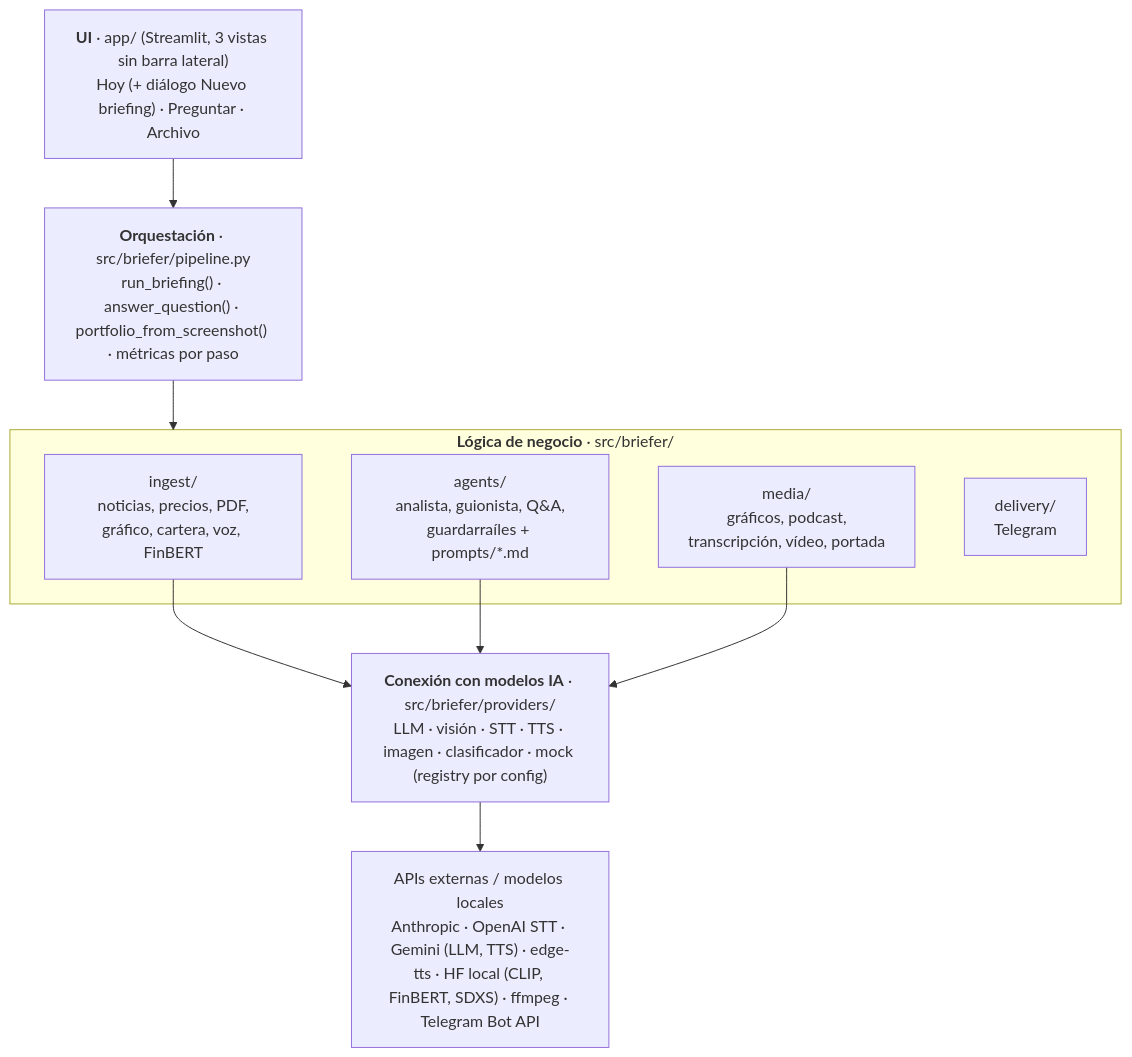
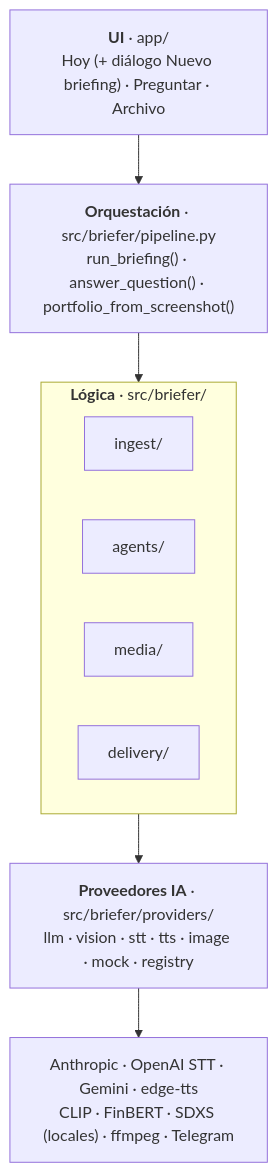
The third of 3 diagrams in README.md (Romequinco/multimodal-market-briefer), drawn with Mermaid before and after one commit. The commit also changed other lines of this file and 8 other files, not shown here.

Commit message:
Entrega v1.0: README reescrito con la app desplegada en Railway, pitch final con la URL y checklist del enunciado al día

````diff
--- a/README.md
+++ b/README.md
@@ -316,19 +254,14 @@
 ```mermaid
 flowchart TB
-    UI["<b>UI</b> · app/ (Streamlit, 3 vistas sin barra lateral)<br/>Hoy (+ diálogo Nuevo briefing) · Preguntar · Archivo"]
-    PL["<b>Orquestación</b> · src/briefer/pipeline.py<br/>run_briefing() · answer_question() · portfolio_from_screenshot() · métricas por paso"]
-    subgraph BIZ["<b>Lógica de negocio</b> · src/briefer/"]
-        ING["ingest/<br/>noticias, precios, PDF,<br/>gráfico, cartera, voz, FinBERT"]
-        AGT["agents/<br/>analista, guionista, Q&A,<br/>guardarraíles + prompts/*.md"]
-        MED["media/<br/>gráficos, podcast,<br/>transcripción, vídeo, portada"]
-        DLV["delivery/<br/>Telegram"]
+    UI["<b>UI</b> · app/<br/>Hoy (+ diálogo Nuevo briefing) · Preguntar · Archivo"]
+    PL["<b>Orquestación</b> · src/briefer/pipeline.py<br/>run_briefing() · answer_question() · portfolio_from_screenshot()"]
+    subgraph BIZ["<b>Lógica</b> · src/briefer/"]
+        ING["ingest/"]
+        AGT["agents/"]
+        MED["media/"]
+        DLV["delivery/"]
     end
-    PRV["<b>Conexión con modelos IA</b> · src/briefer/providers/<br/>LLM · visión · STT · TTS · imagen · clasificador · mock (registry por config)"]
-    X["APIs externas / modelos locales<br/>Anthropic · OpenAI STT · Gemini (LLM, TTS) · edge-tts · HF local (CLIP, FinBERT, SDXS) · ffmpeg · Telegram Bot API"]
-
-    UI --> PL --> BIZ
-    ING --> PRV
-    AGT --> PRV
-    MED --> PRV
-    PRV --> X
+    PRV["<b>Proveedores IA</b> · src/briefer/providers/<br/>llm · vision · stt · tts · image · mock · registry"]
+    X["Anthropic · OpenAI STT · Gemini · edge-tts<br/>CLIP · FinBERT · SDXS (locales) · ffmpeg · Telegram"]
+    UI --> PL --> BIZ --> PRV --> X
 ```
````
